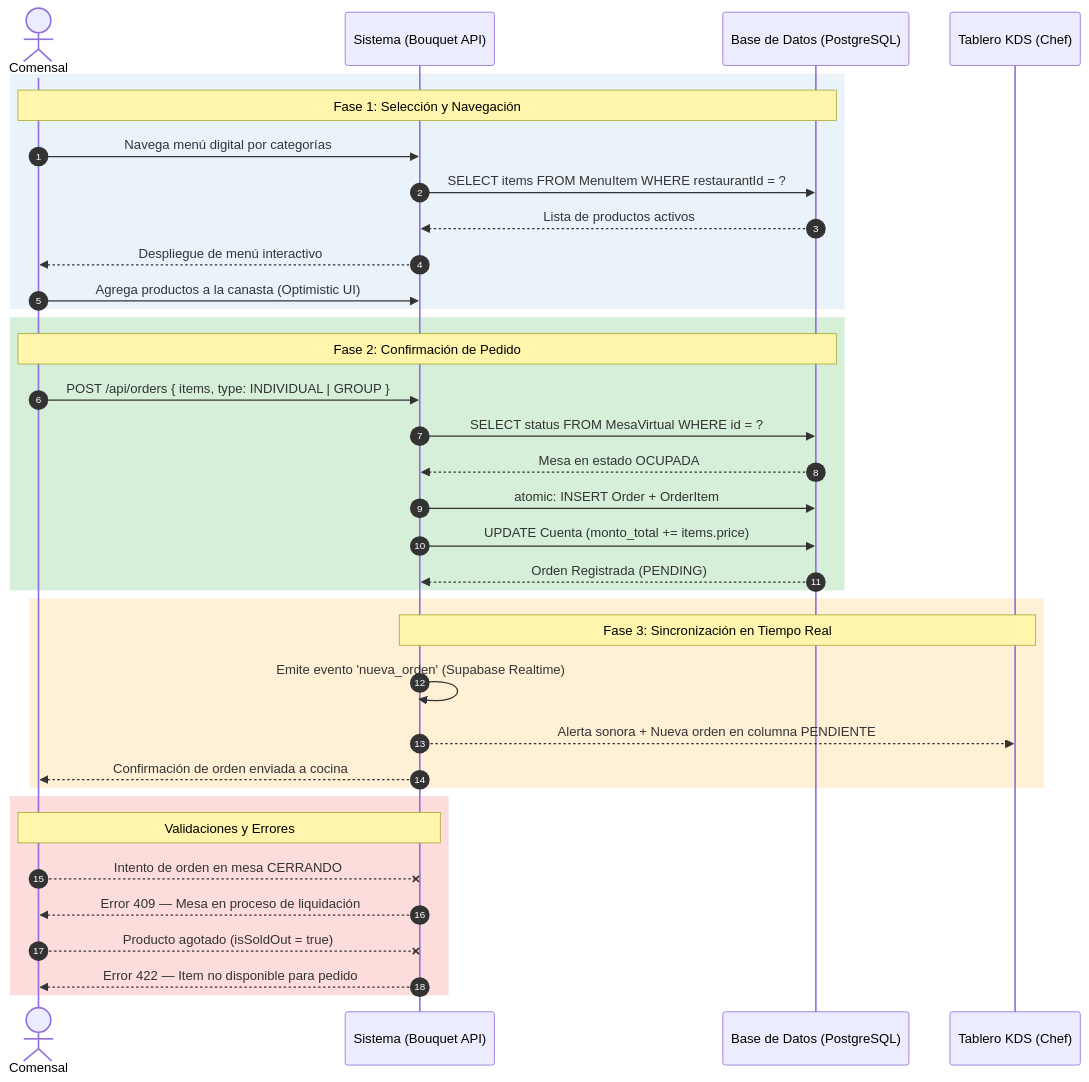
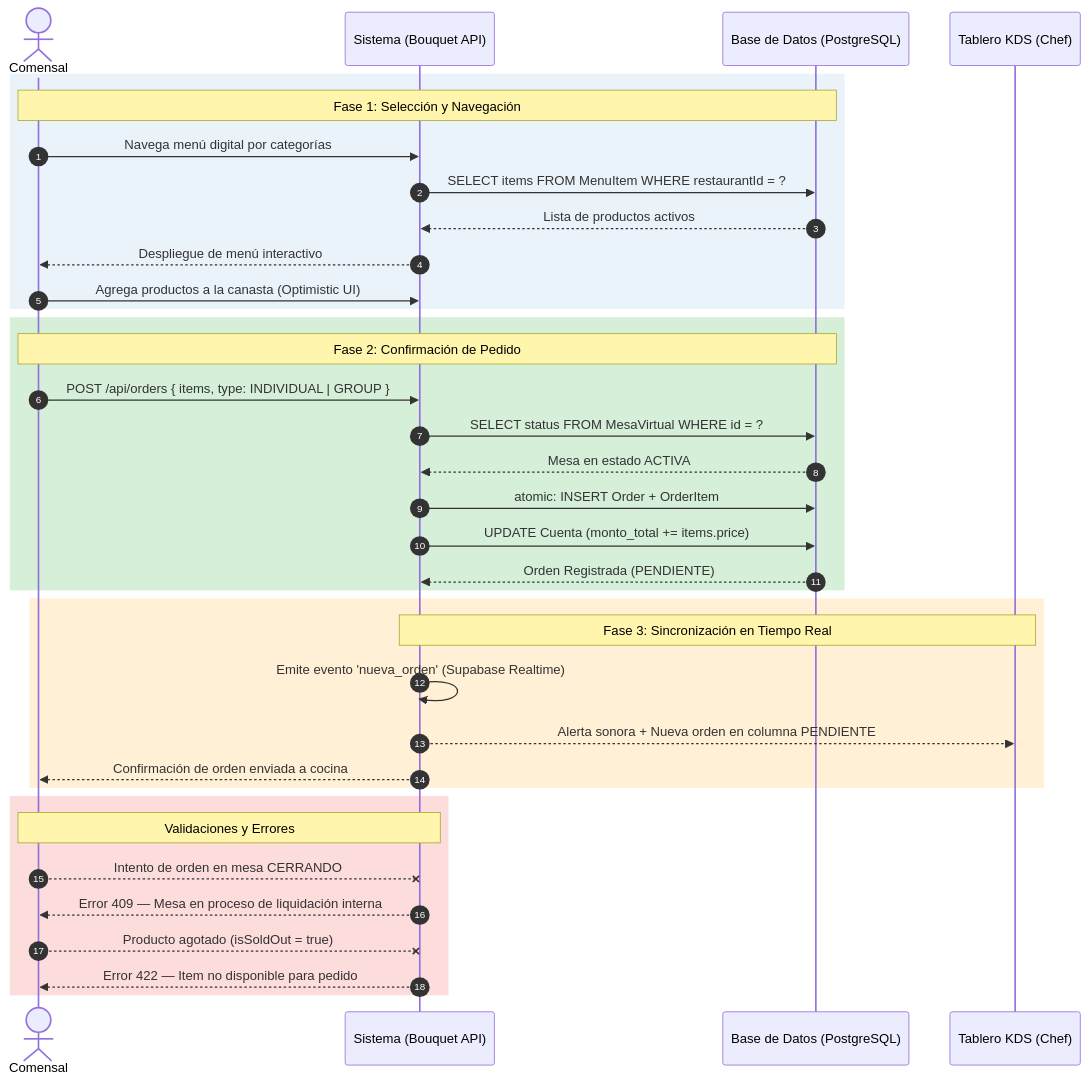
Before and after one commit to dvillagrans/Bouquet: the diagram in docs/_assets/casos_uso/CU_02.mmd, drawn with Mermaid. The commit also changed 27 other files, not shown here.

```diff
--- a/docs/_assets/casos_uso/CU_02.mmd
+++ b/docs/_assets/casos_uso/CU_02.mmd
@@ -1,49 +1,49 @@
 sequenceDiagram
     autonumber
     
     %% Color Palette
     %% primary: #1B3A5C (Dark Blue)
     %% accent: #2E75B6 (Medium Blue)
     %% lightest: #EBF3FA (Very Light Blue)
     %% green: #D6EFD8
     %% orange: #FFF0D6
     %% red: #FDDCDC
 
     actor C as Comensal
     participant S as Sistema (Bouquet API)
     participant DB as Base de Datos (PostgreSQL)
     participant K as Tablero KDS (Chef)
 
     rect rgb(235, 243, 250)
         Note over C,DB: Fase 1: Selección y Navegación
         C->>S: Navega menú digital por categorías
         S->>DB: SELECT items FROM MenuItem WHERE restaurantId = ?
         DB-->>S: Lista de productos activos
         S-->>C: Despliegue de menú interactivo
         C->>S: Agrega productos a la canasta (Optimistic UI)
     end
 
     rect rgb(214, 239, 216)
         Note over C,DB: Fase 2: Confirmación de Pedido
         C->>S: POST /api/orders { items, type: INDIVIDUAL | GROUP }
         S->>DB: SELECT status FROM MesaVirtual WHERE id = ?
-        DB-->>S: Mesa en estado OCUPADA
+        DB-->>S: Mesa en estado ACTIVA
         S->>DB: atomic: INSERT Order + OrderItem
         S->>DB: UPDATE Cuenta (monto_total += items.price)
-        DB-->>S: Orden Registrada (PENDING)
+        DB-->>S: Orden Registrada (PENDIENTE)
     end
 
     rect rgb(255, 240, 214)
         Note over S,K: Fase 3: Sincronización en Tiempo Real
         S->>S: Emite evento 'nueva_orden' (Supabase Realtime)
         S-->>K: Alerta sonora + Nueva orden en columna PENDIENTE
         S-->>C: Confirmación de orden enviada a cocina
     end
 
     rect rgb(253, 220, 220)
         Note over C,S: Validaciones y Errores
         C--xS: Intento de orden en mesa CERRANDO
-        S-->>C: Error 409 — Mesa en proceso de liquidación
+        S-->>C: Error 409 — Mesa en proceso de liquidación interna
         C--xS: Producto agotado (isSoldOut = true)
         S-->>C: Error 422 — Item no disponible para pedido
     end
```
